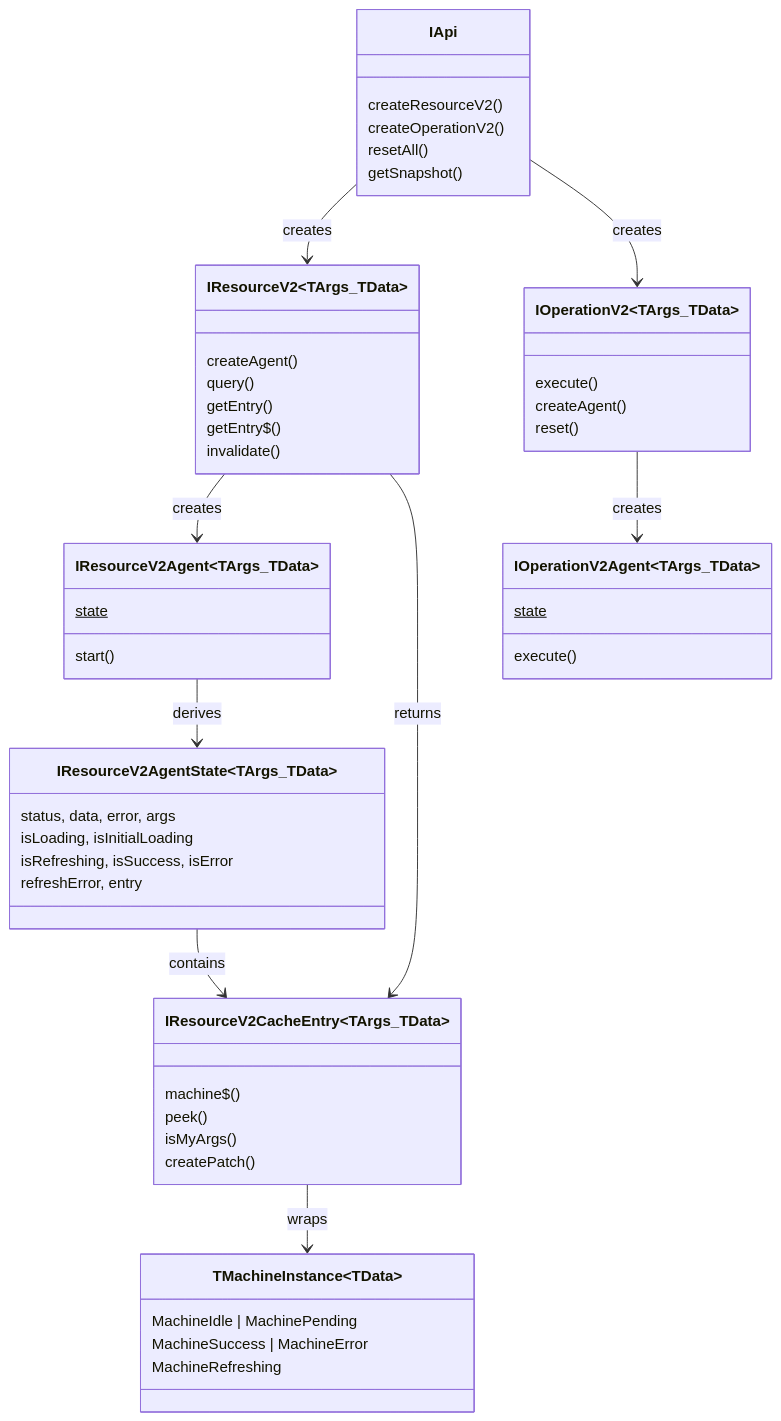
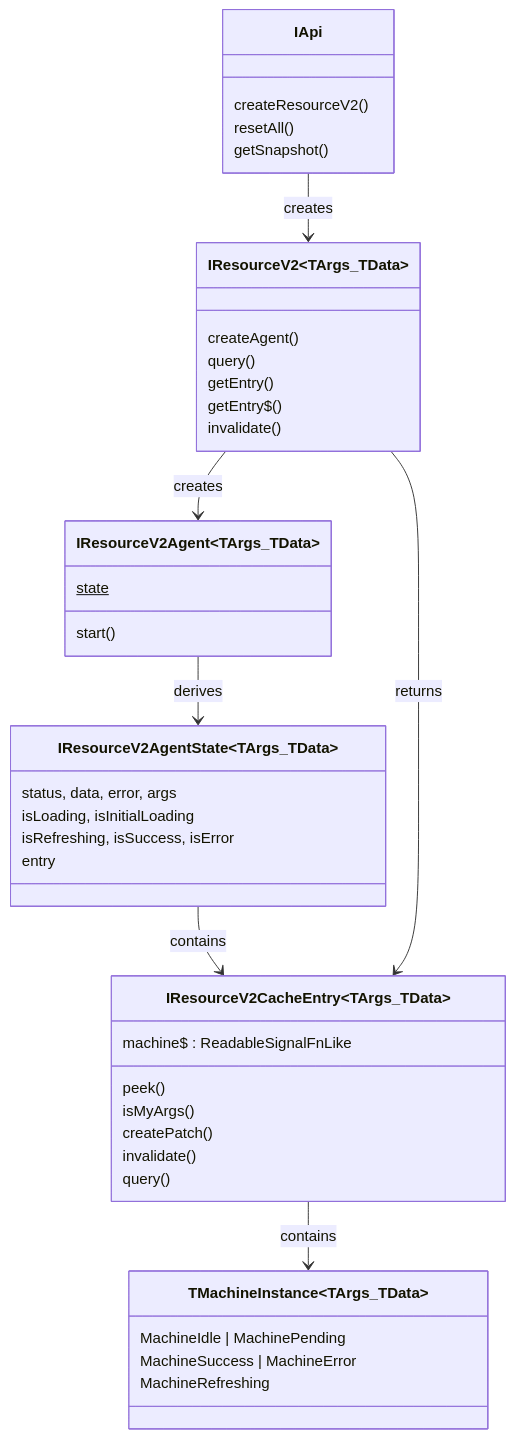
The diagram in .thoughts/2026-03-23-1400_query-v2-full-implementation/02-design/03-model.md (fozy-labs/rx-toolkit), drawn with Mermaid before and after one commit. The commit also changed other lines of this file and 204 other files, not shown here.

````diff
--- a/.thoughts/2026-03-23-1400_query-v2-full-implementation/02-design/03-model.md
+++ b/.thoughts/2026-03-23-1400_query-v2-full-implementation/02-design/03-model.md
@@ -745,64 +1081,52 @@
 ```mermaid
 classDiagram
     title Type Composition Hierarchy
     
     class IApi {
         createResourceV2()
-        createOperationV2()
         resetAll()
         getSnapshot()
     }
     
     class IResourceV2~TArgs_TData~ {
         createAgent()
         query()
         getEntry()
         getEntry$()
         invalidate()
     }
     
-    class IOperationV2~TArgs_TData~ {
-        execute()
-        createAgent()
-        reset()
-    }
-    
     class IResourceV2Agent~TArgs_TData~ {
         state$
         start()
-    }
-    
-    class IOperationV2Agent~TArgs_TData~ {
-        state$
-        execute()
     }
     
     class IResourceV2AgentState~TArgs_TData~ {
         status, data, error, args
         isLoading, isInitialLoading
         isRefreshing, isSuccess, isError
-        refreshError, entry
+        entry
     }
     
     class IResourceV2CacheEntry~TArgs_TData~ {
-        machine$()
+        machine$ : ReadableSignalFnLike
         peek()
         isMyArgs()
         createPatch()
+        invalidate()
+        query()
     }
     
-    class TMachineInstance~TData~ {
+    class TMachineInstance~TArgs_TData~ {
         MachineIdle | MachinePending
         MachineSuccess | MachineError
         MachineRefreshing
     }
     
     IApi --> IResourceV2 : creates
-    IApi --> IOperationV2 : creates
     IResourceV2 --> IResourceV2Agent : creates
-    IOperationV2 --> IOperationV2Agent : creates
     IResourceV2Agent --> IResourceV2AgentState : derives
     IResourceV2AgentState --> IResourceV2CacheEntry : contains
     IResourceV2 --> IResourceV2CacheEntry : returns
-    IResourceV2CacheEntry --> TMachineInstance : wraps
+    IResourceV2CacheEntry --> TMachineInstance : contains
 ```
````
